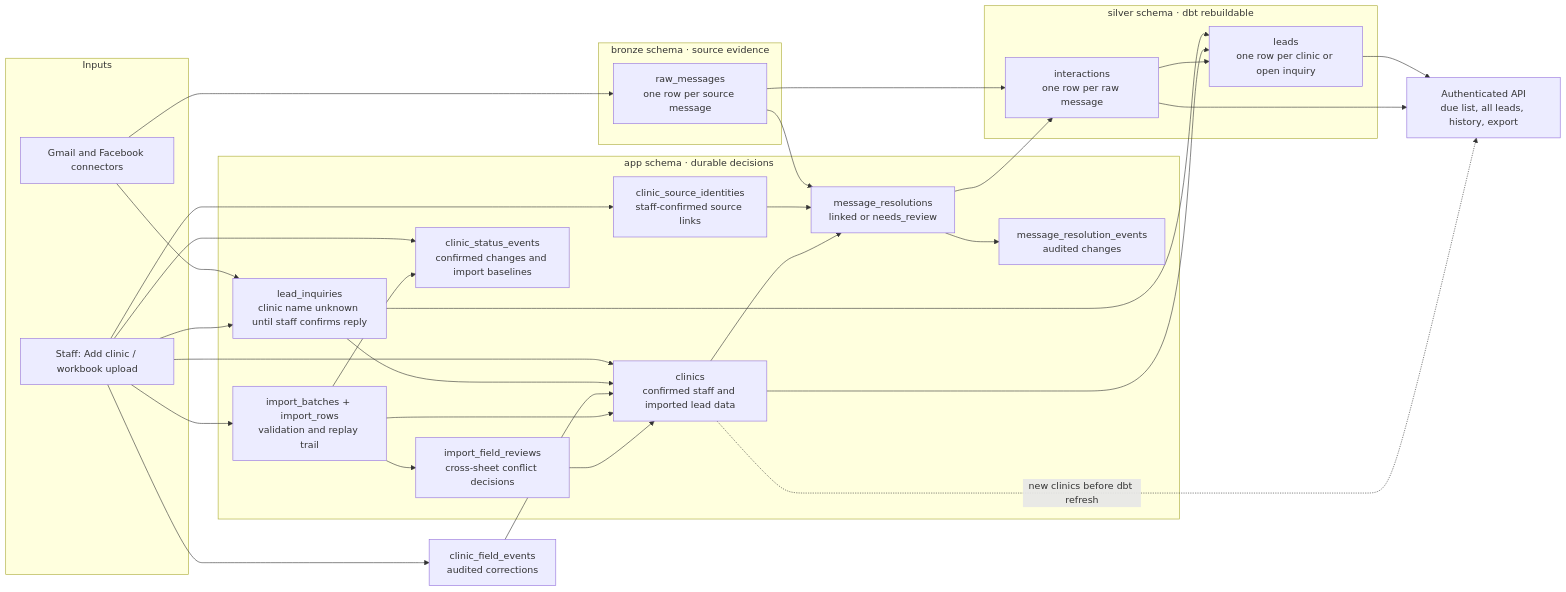
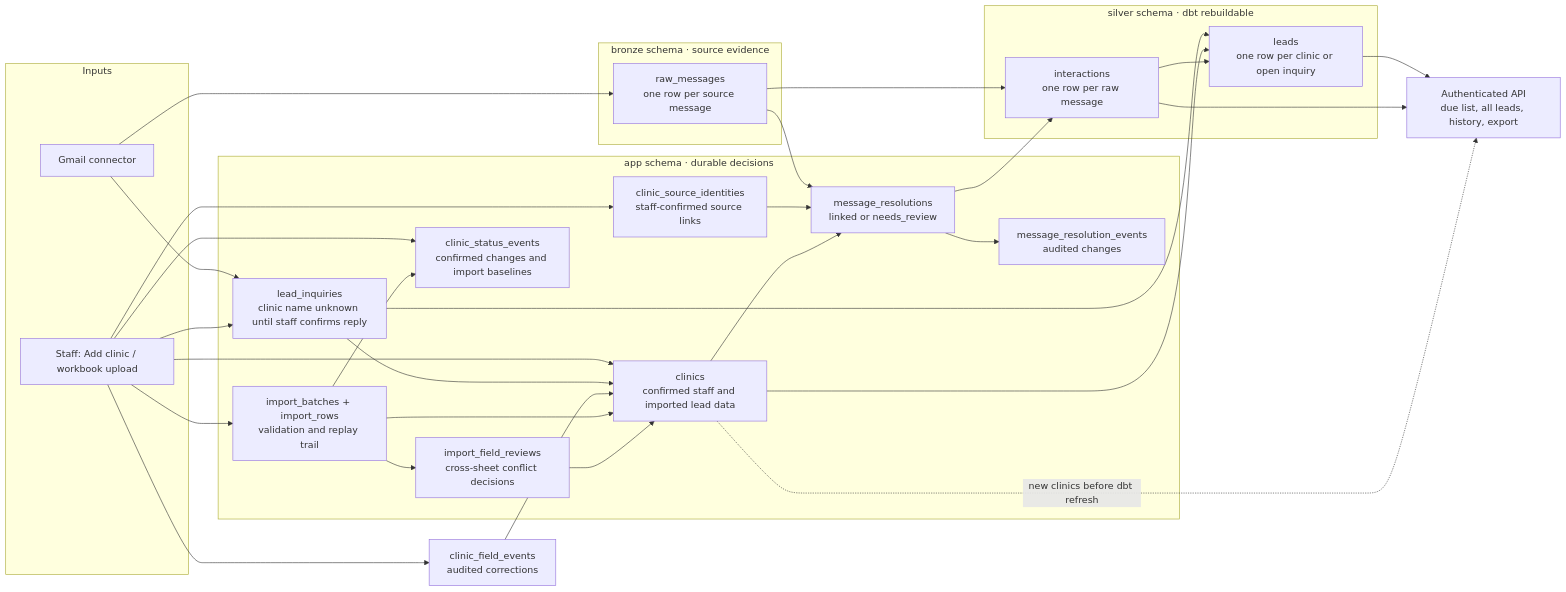
One commit to CMSC128-NexusWorks/SolNexus changed the second of 2 diagrams in docs/contracts/phase1-erd-schema-draft.md. Above: the diagram before and after it, drawn with Mermaid. The commit also changed other lines of this file and 12 other files, not shown here.

````diff
--- a/docs/contracts/phase1-erd-schema-draft.md
+++ b/docs/contracts/phase1-erd-schema-draft.md
@@ -165,49 +165,49 @@
 ```mermaid
 flowchart LR
     subgraph INPUT["Inputs"]
         STAFF["Staff: Add clinic / workbook upload"]
-        CHANNELS["Gmail and Facebook connectors"]
+        CHANNELS["Gmail connector"]
     end
     subgraph APP["app schema · durable decisions"]
         CLINICS["clinics<br/>confirmed staff and imported lead data"]
         INQUIRIES["lead_inquiries<br/>clinic name unknown until staff confirms reply"]
         IMPORT["import_batches + import_rows<br/>validation and replay trail"]
         IMPORTREVIEW["import_field_reviews<br/>cross-sheet conflict decisions"]
         MAPPINGS["clinic_source_identities<br/>staff-confirmed source links"]
         RESOLUTION["message_resolutions<br/>linked or needs_review"]
         RESOLUTIONEVENTS["message_resolution_events<br/>audited changes"]
         STATUSEVENTS["clinic_status_events<br/>confirmed changes and import baselines"]
     end
     subgraph BRONZE["bronze schema · source evidence"]
         RAW["raw_messages<br/>one row per source message"]
     end
     subgraph SILVER["silver schema · dbt rebuildable"]
         LEADS["leads<br/>one row per clinic or open inquiry"]
         INTERACTIONS["interactions<br/>one row per raw message"]
     end
     API["Authenticated API<br/>due list, all leads, history, export"]
 
     STAFF --> CLINICS
     CHANNELS --> INQUIRIES
     STAFF --> INQUIRIES --> CLINICS
     INQUIRIES --> LEADS
     STAFF --> FIELDEVENTS["clinic_field_events<br/>audited corrections"] --> CLINICS
     STAFF --> STATUSEVENTS
     IMPORT --> STATUSEVENTS
     STAFF --> IMPORT --> CLINICS
     IMPORT --> IMPORTREVIEW
     IMPORTREVIEW --> CLINICS
     STAFF --> MAPPINGS
     CHANNELS --> RAW
     RAW --> RESOLUTION
     RESOLUTION --> RESOLUTIONEVENTS
     MAPPINGS --> RESOLUTION
     CLINICS --> RESOLUTION
     RAW --> INTERACTIONS
     RESOLUTION --> INTERACTIONS
     CLINICS --> LEADS
     INTERACTIONS --> LEADS
     LEADS --> API
     INTERACTIONS --> API
     CLINICS -. "new clinics before dbt refresh" .-> API
 ```
````
